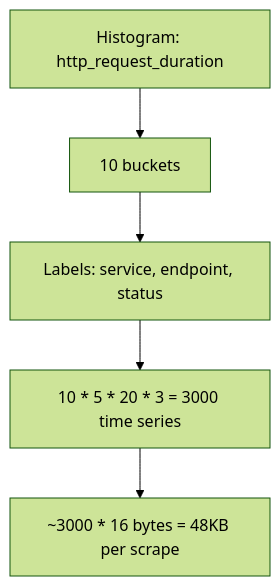
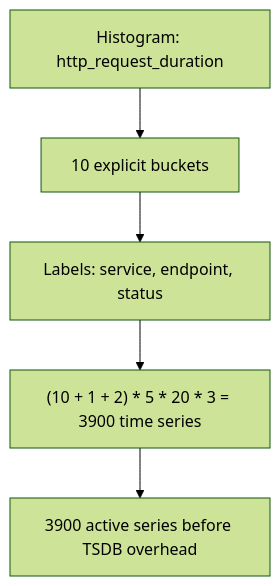
The third of 4 diagrams in posts/2026-01-30-histogram-metrics-design-details/README.md (OneUptime/blog), drawn with Mermaid (forest theme) before and after one commit. The commit also changed other lines of this file and 2 other files, not shown here.

Commit message:
validate: 2026-01-30-histogram-metrics-design-details

````diff
--- a/posts/2026-01-30-histogram-metrics-design-details/README.md
+++ b/posts/2026-01-30-histogram-metrics-design-details/README.md
@@ -147,7 +143,7 @@
 ```mermaid
 flowchart TB
-    Histogram["Histogram: http_request_duration"] --> Buckets["10 buckets"]
+    Histogram["Histogram: http_request_duration"] --> Buckets["10 explicit buckets"]
     Buckets --> Labels["Labels: service, endpoint, status"]
-    Labels --> Series["10 * 5 * 20 * 3 = 3000 time series"]
-    Series --> Memory["~3000 * 16 bytes = 48KB per scrape"]
+    Labels --> Series["(10 + 1 + 2) * 5 * 20 * 3 = 3900 time series"]
+    Series --> Memory["3900 active series before TSDB overhead"]
 ```
````
